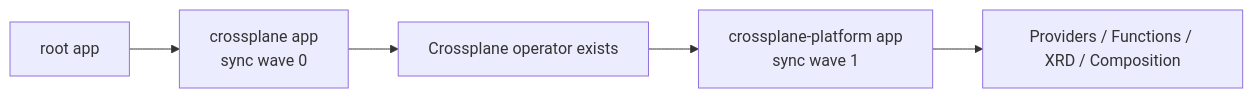
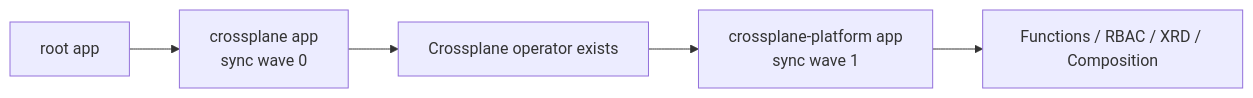
One commit to RizaSatya/homelab changed the second of 7 diagrams in docs/2026-04-04-crossplane-resources-explained.md. Above: the diagram before and after it, drawn with Mermaid. The commit also changed other lines of this file and 16 other files, not shown here.

````diff
--- a/docs/2026-04-04-crossplane-resources-explained.md
+++ b/docs/2026-04-04-crossplane-resources-explained.md
@@ -90,7 +83,7 @@
 ```mermaid
 flowchart LR
   A["root app"] --> B["crossplane app<br/>sync wave 0"]
   B --> C["Crossplane operator exists"]
   C --> D["crossplane-platform app<br/>sync wave 1"]
-  D --> E["Providers / Functions / XRD / Composition"]
+  D --> E["Functions / RBAC / XRD / Composition"]
 ```
````
